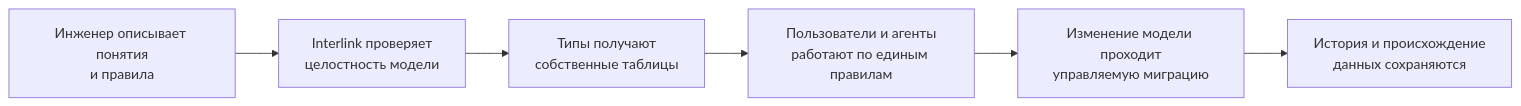
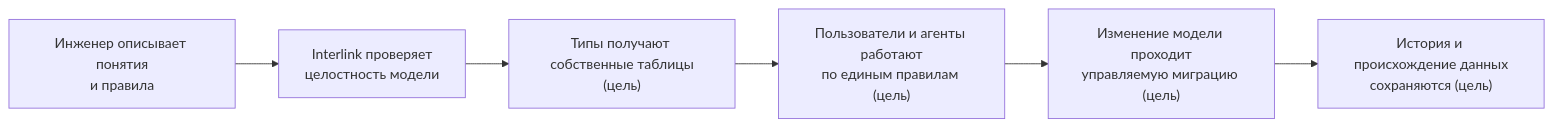
Before and after one commit to ZelAnton/Interlink-product-book: the diagram in wiki/Data-engineering-examples.md, drawn with Mermaid. The commit also changed other lines of this file and 67 other files, not shown here.

````diff
--- a/wiki/Data-engineering-examples.md
+++ b/wiki/Data-engineering-examples.md
@@ -9,8 +11,8 @@
 ```mermaid
 flowchart LR
-    A["Инженер описывает понятия\nи правила"] --> B["Interlink проверяет\nцелостность модели"]
-    B --> C["Типы получают\nсобственные таблицы"]
-    C --> D["Пользователи и агенты\nработают по единым правилам"]
-    D --> E["Изменение модели проходит\nуправляемую миграцию"]
-    E --> F["История и происхождение\nданных сохраняются"]
+    A["Инженер описывает понятия<br/>и правила"] --> B["Interlink проверяет<br/>целостность модели"]
+    B --> C["Типы получают собственные таблицы<br/>(цель)"]
+    C --> D["Пользователи и агенты работают<br/>по единым правилам (цель)"]
+    D --> E["Изменение модели проходит<br/>управляемую миграцию (цель)"]
+    E --> F["История и происхождение данных<br/>сохраняются (цель)"]
 ```
````
